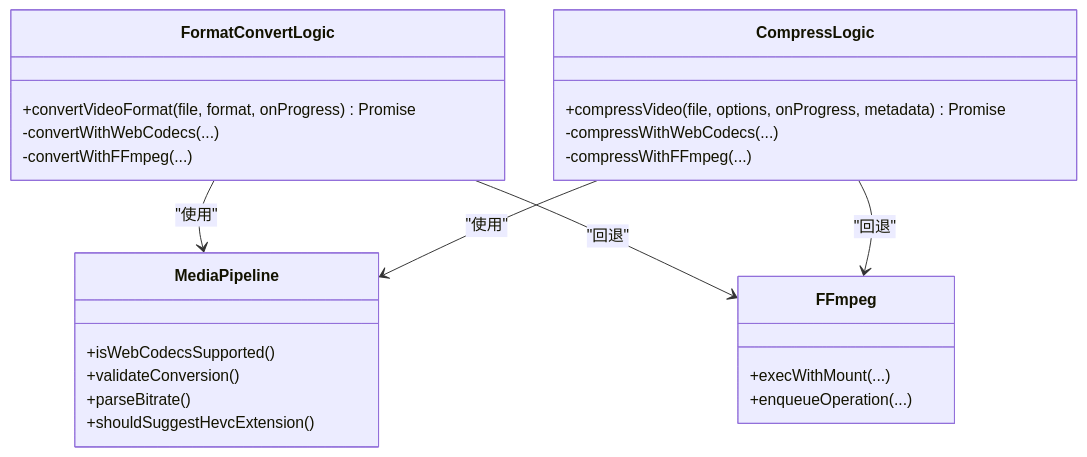
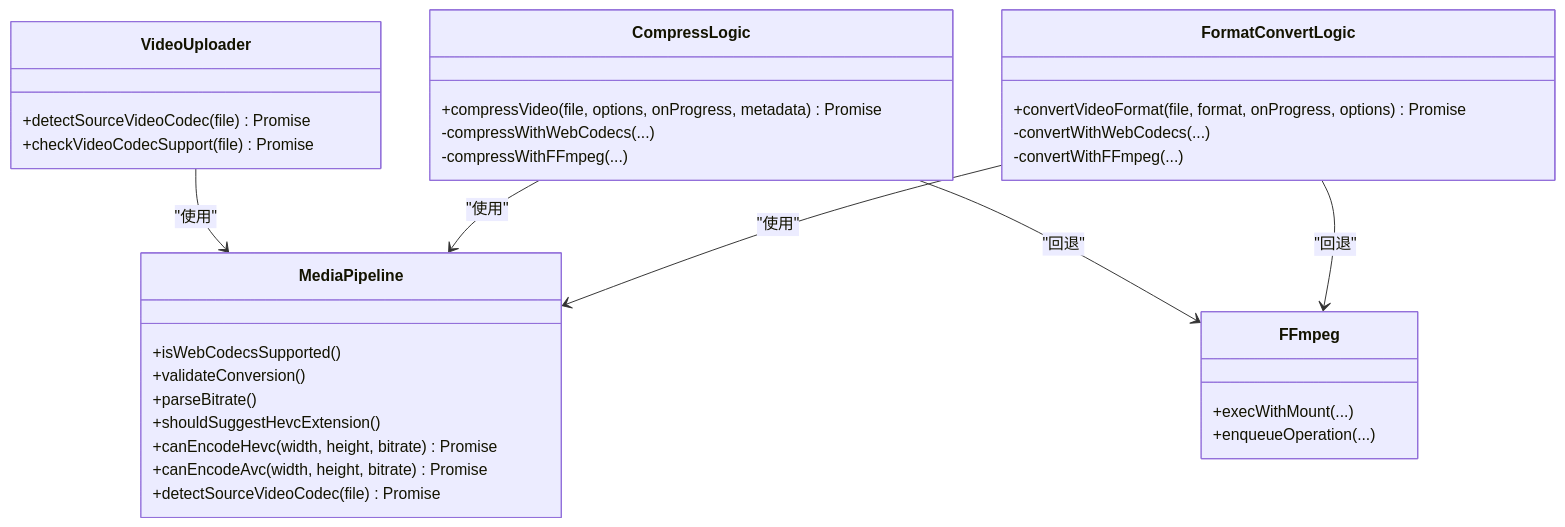
The tenth of 11 diagrams in .qoder/repowiki/zh/content/核心模块/媒体处理管道.md (sgyy/privadeck), drawn with Mermaid before and after one commit. The commit also changed other lines of this file and 10 other files, not shown here.

````diff
--- a/.qoder/repowiki/zh/content/核心模块/媒体处理管道.md
+++ b/.qoder/repowiki/zh/content/核心模块/媒体处理管道.md
@@ -286,27 +365,35 @@
 ```mermaid
 classDiagram
 class FormatConvertLogic {
-+convertVideoFormat(file, format, onProgress) Promise
++convertVideoFormat(file, format, onProgress, options) Promise
 -convertWithWebCodecs(...)
 -convertWithFFmpeg(...)
 }
 class CompressLogic {
 +compressVideo(file, options, onProgress, metadata) Promise
 -compressWithWebCodecs(...)
 -compressWithFFmpeg(...)
 }
 class MediaPipeline {
 +isWebCodecsSupported()
 +validateConversion()
 +parseBitrate()
 +shouldSuggestHevcExtension()
++canEncodeHevc(width, height, bitrate) Promise
++canEncodeAvc(width, height, bitrate) Promise
++detectSourceVideoCodec(file) Promise
 }
 class FFmpeg {
 +execWithMount(...)
 +enqueueOperation(...)
 }
+class VideoUploader {
++detectSourceVideoCodec(file) Promise
++checkVideoCodecSupport(file) Promise
+}
 FormatConvertLogic --> MediaPipeline : "使用"
 CompressLogic --> MediaPipeline : "使用"
 FormatConvertLogic --> FFmpeg : "回退"
 CompressLogic --> FFmpeg : "回退"
+VideoUploader --> MediaPipeline : "使用"
 ```
````
